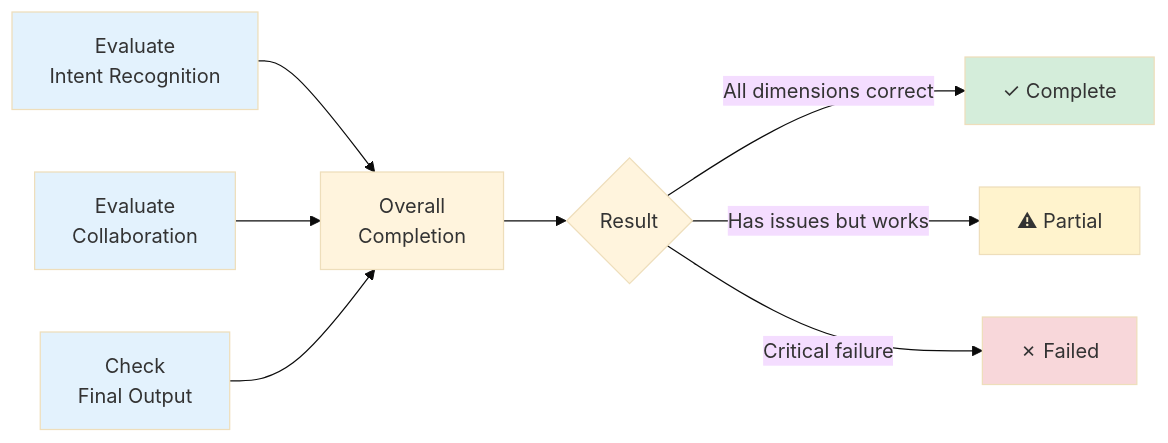
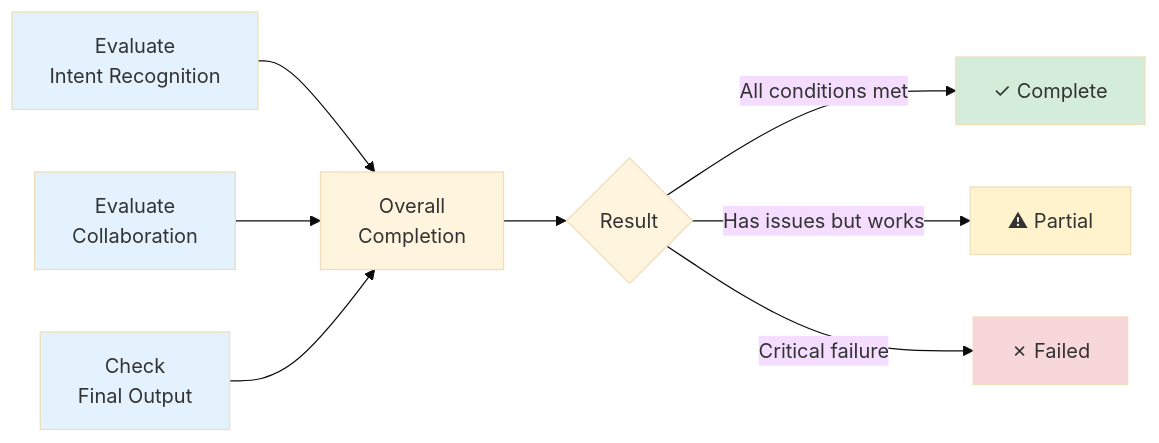
One commit to katzezweii/Study changed the first of 3 diagrams in README.md. Above: the diagram before and after it, drawn with Mermaid (base theme).

Commit message:
Update flowchart condition description in README

````diff
--- a/README.md
+++ b/README.md
@@ -4,18 +4,18 @@
 ```mermaid
 flowchart LR
     A[Evaluate<br/>Intent Recognition] --> D[Overall<br/>Completion]
     B[Evaluate<br/>Collaboration] --> D
     C[Check<br/>Final Output] --> D
     
     D --> E{Result}
-    E -->|All dimensions correct| F[✓ Complete]
+    E -->|All conditions met| F[✓ Complete]
     E -->|Has issues but works| G[⚠ Partial]
     E -->|Critical failure| H[✗ Failed]
     
     style A fill:#e3f2fd
     style B fill:#e3f2fd
     style C fill:#e3f2fd
     style F fill:#d4edda
     style G fill:#fff3cd
     style H fill:#f8d7da
 ```
````
